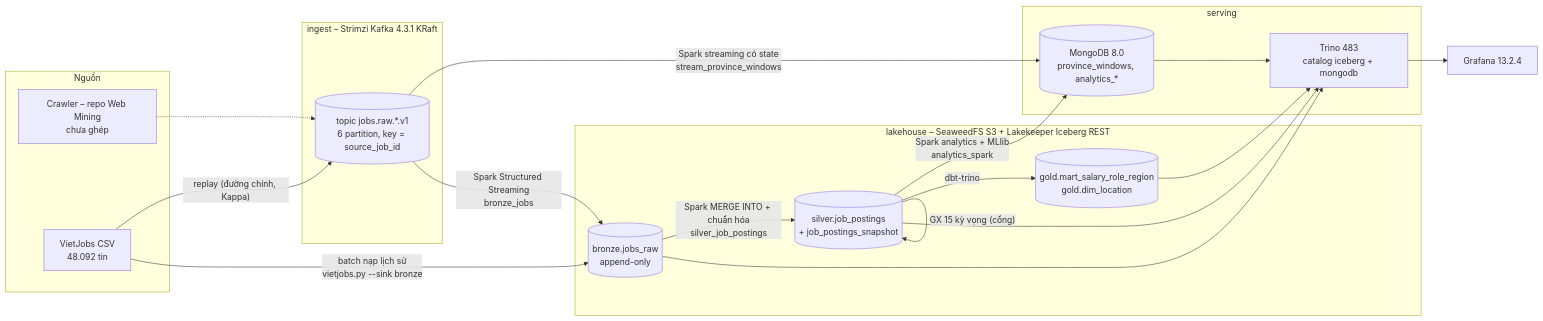
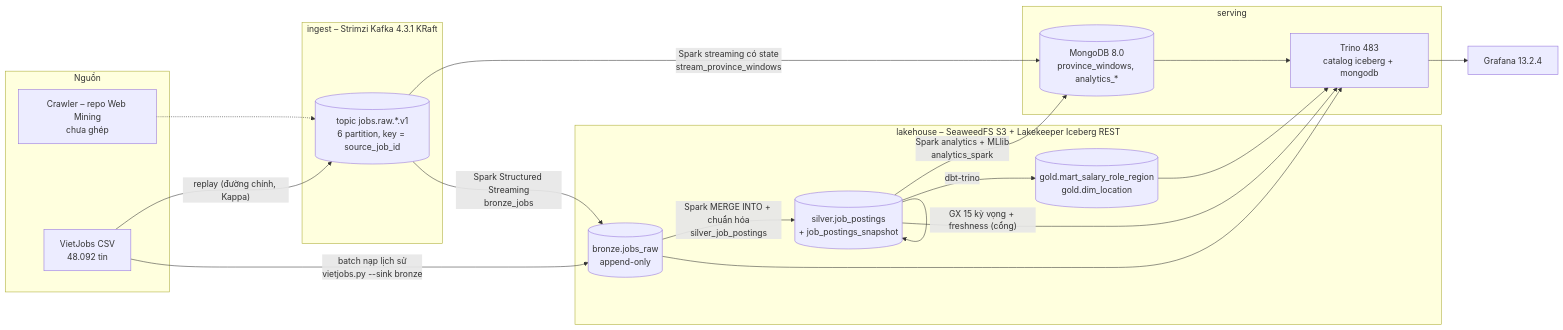
The first of 2 diagrams in docs/kien-truc.md (BD-WM-SA-D/Big-Data-Storage-and-Processing-Joblens), drawn with Mermaid before and after one commit. The commit also changed other lines of this file and 7 other files, not shown here.

````diff
--- a/docs/kien-truc.md
+++ b/docs/kien-truc.md
@@ -18,33 +18,33 @@
 ```mermaid
 flowchart LR
   subgraph SRC[Nguồn]
     VJ[VietJobs CSV<br/>48.092 tin]
     CR[Crawler – repo Web Mining<br/>chưa ghép]
   end
   subgraph ING[ingest – Strimzi Kafka 4.3.1 KRaft]
     K[(topic jobs.raw.*.v1<br/>6 partition, key = source_job_id)]
   end
   subgraph LH[lakehouse – SeaweedFS S3 + Lakekeeper Iceberg REST]
     B[(bronze.jobs_raw<br/>append-only)]
     S[(silver.job_postings<br/>+ job_postings_snapshot)]
     G[(gold.mart_salary_role_region<br/>gold.dim_location)]
   end
   subgraph NS[serving]
     M[(MongoDB 8.0<br/>province_windows, analytics_*)]
     T[Trino 483<br/>catalog iceberg + mongodb]
   end
   GF[Grafana 13.2.4]
 
   VJ -- "replay (đường chính, Kappa)" --> K
   CR -.-> K
   VJ -- "batch nạp lịch sử<br/>vietjobs.py --sink bronze" --> B
   K -- "Spark Structured Streaming<br/>bronze_jobs" --> B
   K -- "Spark streaming có state<br/>stream_province_windows" --> M
   B -- "Spark MERGE INTO + chuẩn hóa<br/>silver_job_postings" --> S
-  S -- "GX 15 kỳ vọng (cổng)" --> S
+  S -- "GX 15 kỳ vọng + freshness (cổng)" --> S
   S -- "dbt-trino" --> G
   S -- "Spark analytics + MLlib<br/>analytics_spark" --> M
   B & S & G --> T
   M --> T
   T --> GF
 ```
````
